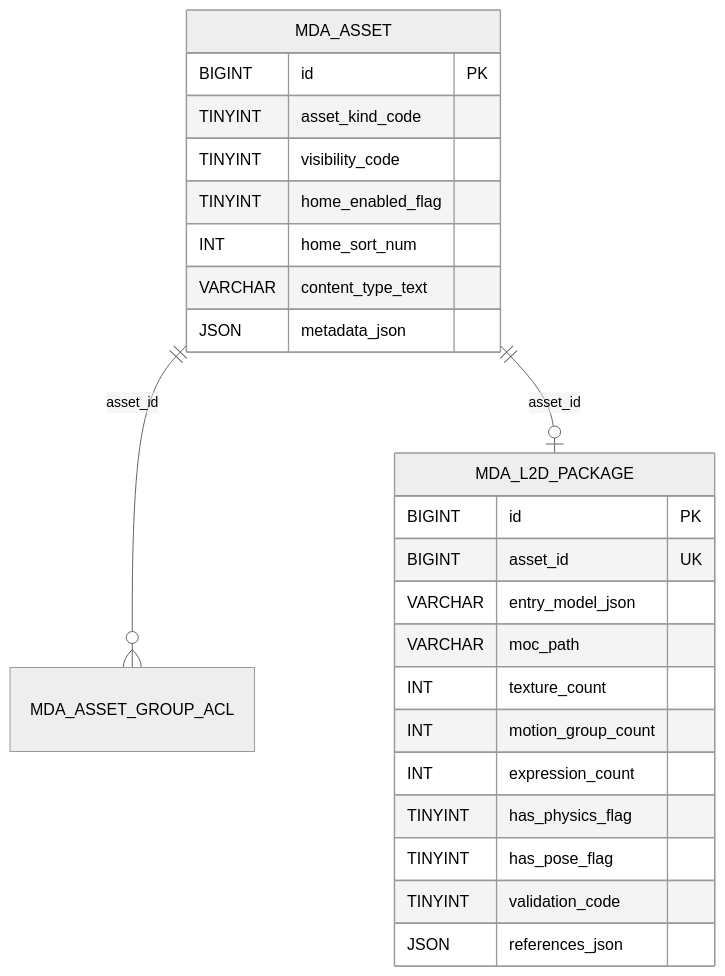
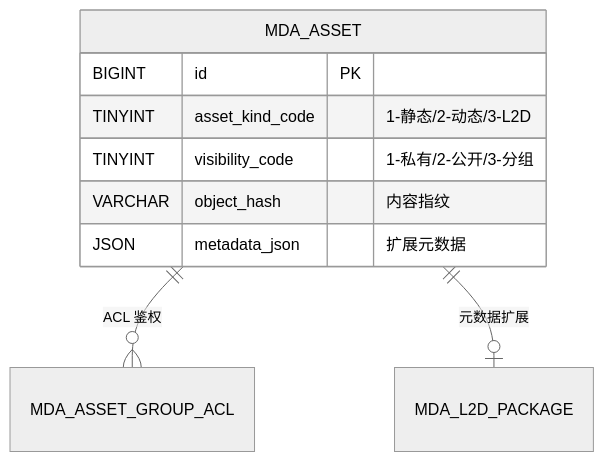
Before and after one commit to IzumiShizuki/shizuki-site: the second of 2 diagrams in resouces/md/07_L2D媒体资产后端实施计划_v0.1.md, drawn with Mermaid (neutral theme). The commit also changed other lines of this file and 11 other files, not shown here.

````diff
--- a/resouces/md/07_L2D媒体资产后端实施计划_v0.1.md
+++ b/resouces/md/07_L2D媒体资产后端实施计划_v0.1.md
@@ -94,29 +46,13 @@
 ```mermaid
 erDiagram
-  MDA_ASSET ||--o{ MDA_ASSET_GROUP_ACL : "asset_id"
-  MDA_ASSET ||--o| MDA_L2D_PACKAGE : "asset_id"
+    MDA_ASSET ||--o{ MDA_ASSET_GROUP_ACL : "ACL 鉴权"
+    MDA_ASSET ||--o| MDA_L2D_PACKAGE : "元数据扩展"
 
-  MDA_ASSET {
-    BIGINT id PK
-    TINYINT asset_kind_code
-    TINYINT visibility_code
-    TINYINT home_enabled_flag
-    INT home_sort_num
-    VARCHAR content_type_text
-    JSON metadata_json
-  }
-
-  MDA_L2D_PACKAGE {
-    BIGINT id PK
-    BIGINT asset_id UK
-    VARCHAR entry_model_json
-    VARCHAR moc_path
-    INT texture_count
-    INT motion_group_count
-    INT expression_count
-    TINYINT has_physics_flag
-    TINYINT has_pose_flag
-    TINYINT validation_code
-    JSON references_json
-  }
+    MDA_ASSET {
+        BIGINT id PK
+        TINYINT asset_kind_code "1-静态/2-动态/3-L2D"
+        TINYINT visibility_code "1-私有/2-公开/3-分组"
+        VARCHAR object_hash "内容指纹"
+        JSON metadata_json "扩展元数据"
+    }
 ```
````
